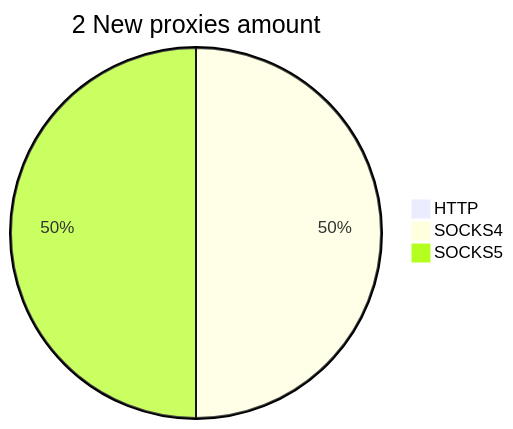
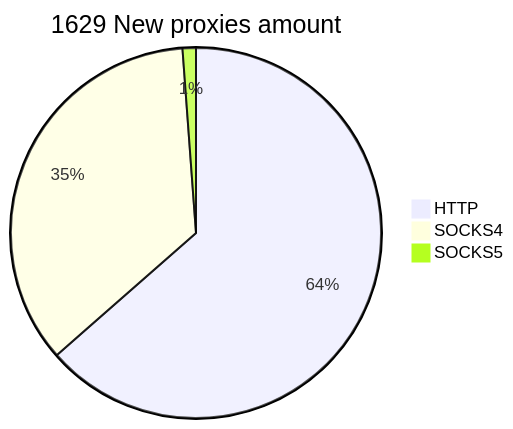
The second of 2 diagrams in README.md (cutipu/proxylist), drawn with Mermaid before and after one commit. The commit also changed other lines of this file, not shown here.

````diff
--- a/README.md
+++ b/README.md
@@ -10,6 +10,6 @@
 ```mermaid
-pie title 2 New proxies amount
-    "HTTP" : 0
-    "SOCKS4" : 1
-    "SOCKS5" : 1
+pie title 1629 New proxies amount
+    "HTTP" : 1035
+    "SOCKS4" : 575
+    "SOCKS5" : 19
 ```
````
